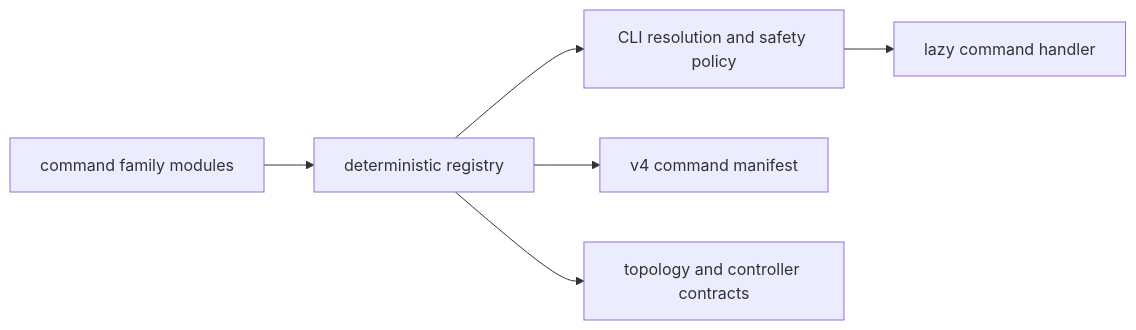
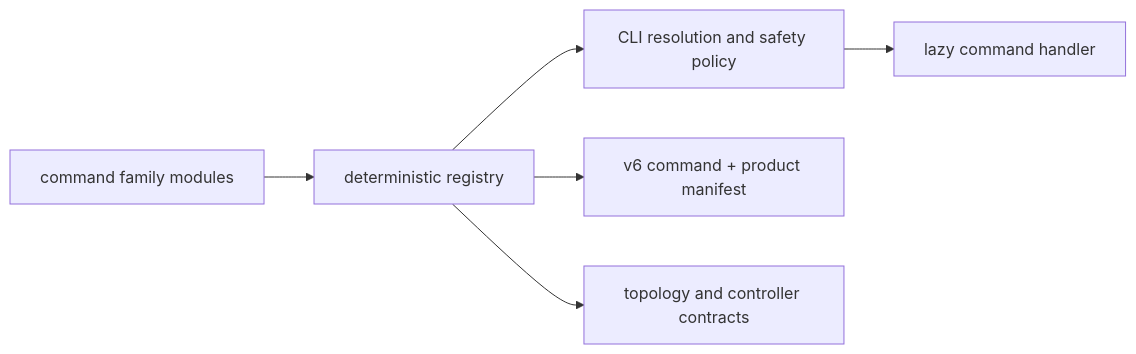
The third of 4 diagrams in docs/ARCHITECTURE.md (fakoli/anvil-serving), drawn with Mermaid before and after one commit. The commit also changed other lines of this file and 46 other files, not shown here.

````diff
--- a/docs/ARCHITECTURE.md
+++ b/docs/ARCHITECTURE.md
@@ -148,8 +164,8 @@
 ```mermaid
 flowchart LR
     F["command family modules"] --> R["deterministic registry"]
     R --> C["CLI resolution and safety policy"]
-    R --> M["v4 command manifest"]
+    R --> M["v6 command + product manifest"]
     R --> T["topology and controller contracts"]
     C --> H["lazy command handler"]
 ```
````
